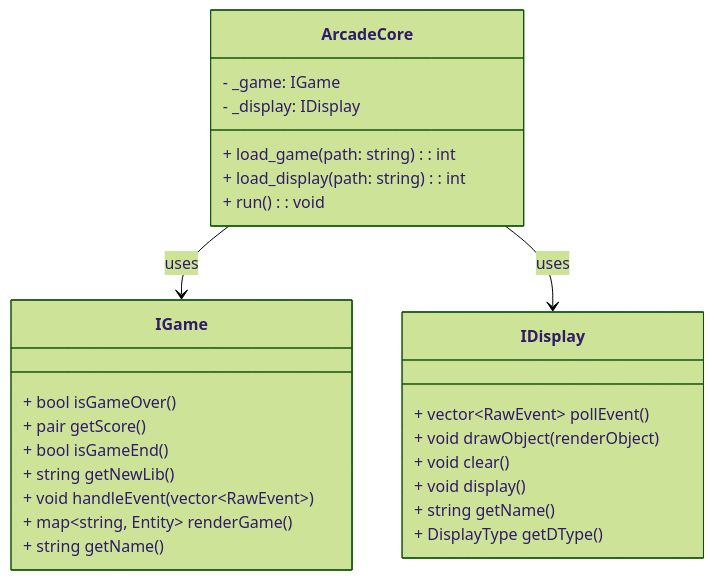
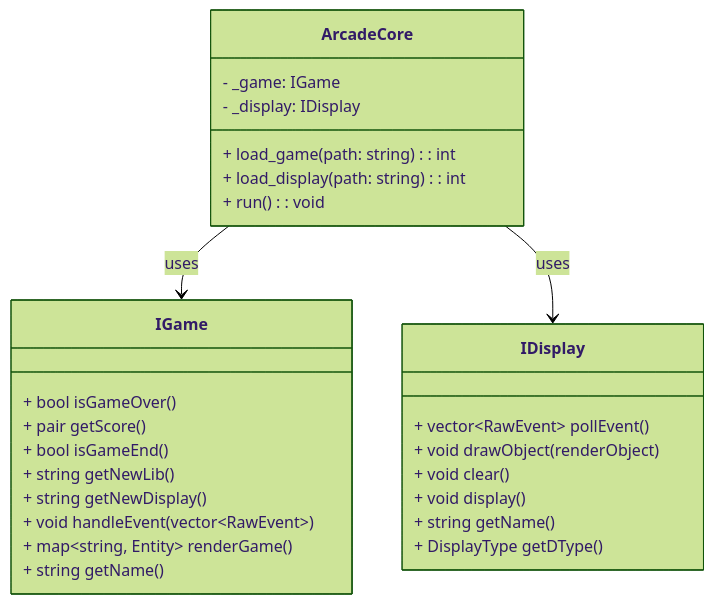
One commit to Enoal-Fauchille-Bolle/Arcade changed the second of 3 diagrams in docs/core_architecture.md. Above: the diagram before and after it, drawn with Mermaid (forest theme). The commit also changed 1 other file, not shown here.

Commit message:
docs(game): 📝  | add getNewDisplay function documentation
adds documentation for the new getNewDisplay function
included in the game interface to support dynamic display library switching.

````diff
--- a/docs/core_architecture.md
+++ b/docs/core_architecture.md
@@ -62,32 +62,33 @@
 ```mermaid
 classDiagram
     class ArcadeCore {
         - _game: IGame
         - _display: IDisplay
         + load_game(path: string): int
         + load_display(path: string): int
         + run(): void
     }
 
     class IGame {
         + bool isGameOver()
         + pair<float, string> getScore()
         + bool isGameEnd()
         + string getNewLib()
+        + string getNewDisplay()
         + void handleEvent(vector~RawEvent~)
         + map~string, Entity~ renderGame()
         + string getName()
     }
 
     class IDisplay {
         + vector~RawEvent~ pollEvent()
         + void drawObject(renderObject)
         + void clear()
         + void display()
         + string getName()
         + DisplayType getDType()
     }
 
     ArcadeCore --> IGame : uses
     ArcadeCore --> IDisplay : uses
 ```
````
